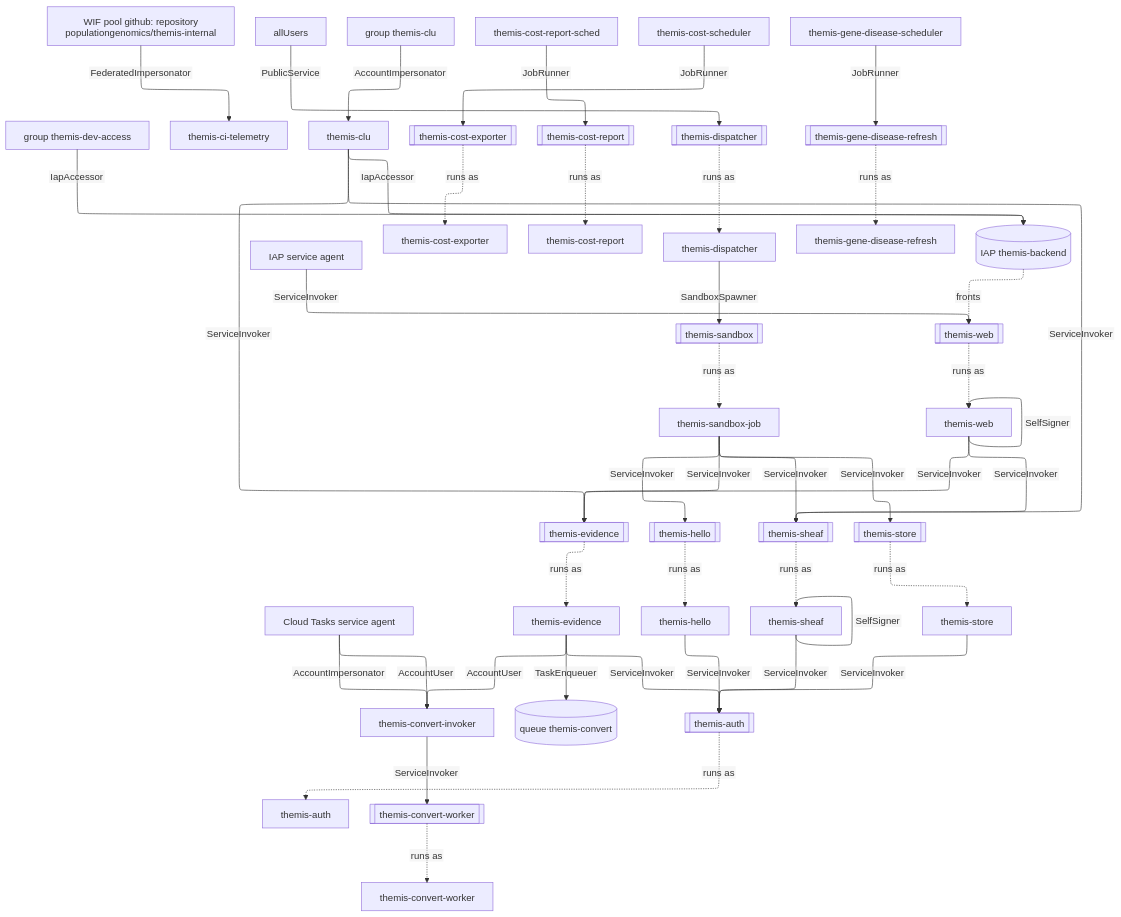
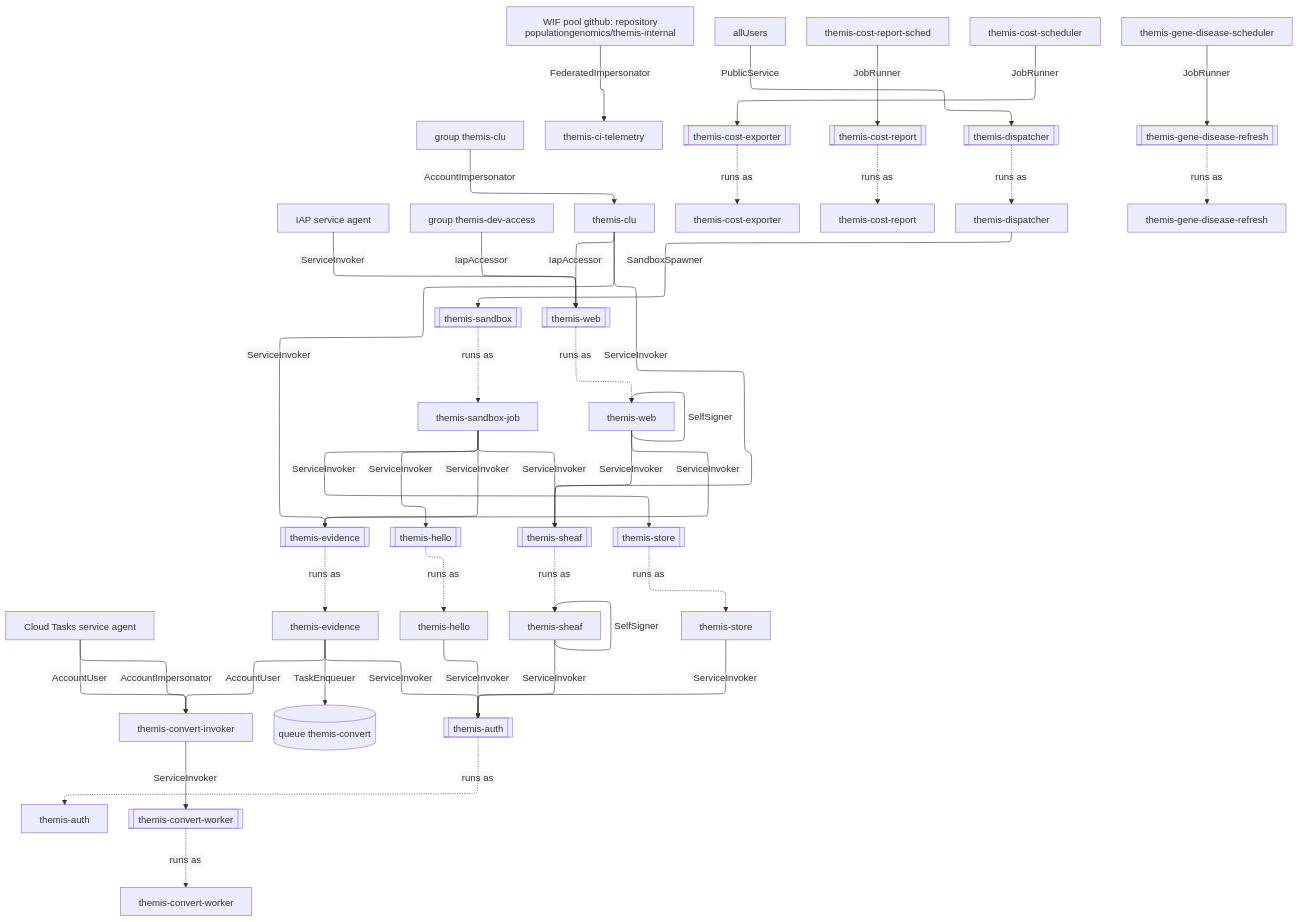
One commit to populationgenomics/themis changed the diagram in docs/design/grants/calls.mmd. Above: the diagram before and after it, drawn with Mermaid. The commit also changed 19 other files, not shown here.

First line of the commit message:
infra: IAP gates the web app on its Cloud Run service, not the load balancer (#662)

```diff
--- a/docs/design/grants/calls.mmd
+++ b/docs/design/grants/calls.mmd
@@ -1,82 +1,80 @@
 %%{init: {"layout": "elk", "elk": {"mergeEdges": true, "nodePlacementStrategy": "NETWORK_SIMPLEX"}, "htmlLabels": false, "flowchart": {"htmlLabels": false, "wrappingWidth": 320}}}%%
 flowchart TB
     n0["Cloud Tasks service agent"]
     n1["IAP service agent"]
     n2["WIF pool github: repository populationgenomics/themis-internal"]
     n3["allUsers"]
     n4["group themis-clu"]
     n5["group themis-dev-access"]
     n6["themis-auth"]
     n7["themis-ci-telemetry"]
     n8["themis-clu"]
     n9["themis-convert-invoker"]
     n10["themis-convert-worker"]
     n11["themis-cost-exporter"]
     n12["themis-cost-report"]
     n13["themis-cost-report-sched"]
     n14["themis-cost-scheduler"]
     n15["themis-dispatcher"]
     n16["themis-evidence"]
     n17["themis-gene-disease-refresh"]
     n18["themis-gene-disease-scheduler"]
     n19["themis-hello"]
     n20["themis-sandbox-job"]
     n21["themis-sheaf"]
     n22["themis-store"]
     n23["themis-web"]
-    n24[("IAP themis-backend")]
-    n25[("queue themis-convert")]
-    n26[["themis-auth"]]
-    n27[["themis-convert-worker"]]
-    n28[["themis-cost-exporter"]]
-    n29[["themis-cost-report"]]
-    n30[["themis-dispatcher"]]
-    n31[["themis-evidence"]]
-    n32[["themis-gene-disease-refresh"]]
-    n33[["themis-hello"]]
-    n34[["themis-sandbox"]]
-    n35[["themis-sheaf"]]
-    n36[["themis-store"]]
-    n37[["themis-web"]]
+    n24[("queue themis-convert")]
+    n25[["themis-auth"]]
+    n26[["themis-convert-worker"]]
+    n27[["themis-cost-exporter"]]
+    n28[["themis-cost-report"]]
+    n29[["themis-dispatcher"]]
+    n30[["themis-evidence"]]
+    n31[["themis-gene-disease-refresh"]]
+    n32[["themis-hello"]]
+    n33[["themis-sandbox"]]
+    n34[["themis-sheaf"]]
+    n35[["themis-store"]]
+    n36[["themis-web"]]
     n0 -->|AccountImpersonator| n9
     n0 -->|AccountUser| n9
-    n1 -->|ServiceInvoker| n37
+    n1 -->|ServiceInvoker| n36
     n2 -->|FederatedImpersonator| n7
-    n3 -->|PublicService| n30
+    n3 -->|PublicService| n29
     n4 -->|AccountImpersonator| n8
-    n5 -->|IapAccessor| n24
-    n8 -->|IapAccessor| n24
-    n8 -->|ServiceInvoker| n31
-    n8 -->|ServiceInvoker| n35
-    n9 -->|ServiceInvoker| n27
-    n13 -->|JobRunner| n29
-    n14 -->|JobRunner| n28
-    n15 -->|SandboxSpawner| n34
+    n5 -->|IapAccessor| n36
+    n8 -->|IapAccessor| n36
+    n8 -->|ServiceInvoker| n30
+    n8 -->|ServiceInvoker| n34
+    n9 -->|ServiceInvoker| n26
+    n13 -->|JobRunner| n28
+    n14 -->|JobRunner| n27
+    n15 -->|SandboxSpawner| n33
     n16 -->|AccountUser| n9
-    n16 -->|ServiceInvoker| n26
-    n16 -->|TaskEnqueuer| n25
-    n18 -->|JobRunner| n32
-    n19 -->|ServiceInvoker| n26
-    n20 -->|ServiceInvoker| n31
-    n20 -->|ServiceInvoker| n33
+    n16 -->|ServiceInvoker| n25
+    n16 -->|TaskEnqueuer| n24
+    n18 -->|JobRunner| n31
+    n19 -->|ServiceInvoker| n25
+    n20 -->|ServiceInvoker| n30
+    n20 -->|ServiceInvoker| n32
+    n20 -->|ServiceInvoker| n34
     n20 -->|ServiceInvoker| n35
-    n20 -->|ServiceInvoker| n36
     n21 -->|SelfSigner| n21
-    n21 -->|ServiceInvoker| n26
-    n22 -->|ServiceInvoker| n26
+    n21 -->|ServiceInvoker| n25
+    n22 -->|ServiceInvoker| n25
     n23 -->|SelfSigner| n23
-    n23 -->|ServiceInvoker| n31
-    n23 -->|ServiceInvoker| n35
-    n24 -. fronts .-> n37
-    n26 -. runs as .-> n6
-    n27 -. runs as .-> n10
-    n28 -. runs as .-> n11
-    n29 -. runs as .-> n12
-    n30 -. runs as .-> n15
-    n31 -. runs as .-> n16
-    n32 -. runs as .-> n17
-    n33 -. runs as .-> n19
-    n34 -. runs as .-> n20
-    n35 -. runs as .-> n21
-    n36 -. runs as .-> n22
-    n37 -. runs as .-> n23
+    n23 -->|ServiceInvoker| n30
+    n23 -->|ServiceInvoker| n34
+    n25 -. runs as .-> n6
+    n26 -. runs as .-> n10
+    n27 -. runs as .-> n11
+    n28 -. runs as .-> n12
+    n29 -. runs as .-> n15
+    n30 -. runs as .-> n16
+    n31 -. runs as .-> n17
+    n32 -. runs as .-> n19
+    n33 -. runs as .-> n20
+    n34 -. runs as .-> n21
+    n35 -. runs as .-> n22
+    n36 -. runs as .-> n23
```
